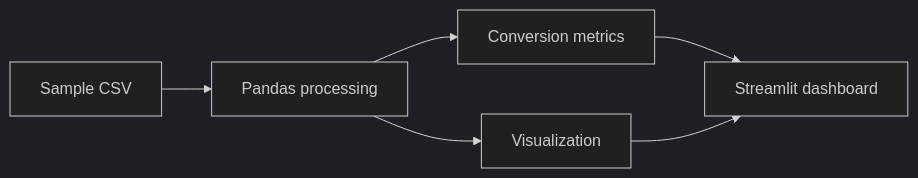
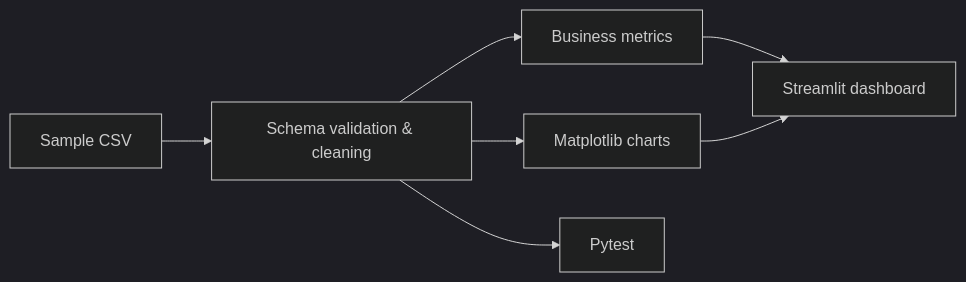
Before and after one commit to theDAREK497/ecommerce-conversion-analysis: the diagram in README.md, drawn with Mermaid (dark theme). The commit also changed other lines of this file and 13 other files, not shown here.

````diff
--- a/README.md
+++ b/README.md
@@ -20,8 +22,9 @@
 ```mermaid
 flowchart LR
-    CSV[Sample CSV] --> Processing[Pandas processing]
-    Processing --> Metrics[Conversion metrics]
-    Processing --> Plot[Visualization]
+    CSV[Sample CSV] --> Validation[Schema validation & cleaning]
+    Validation --> Metrics[Business metrics]
+    Validation --> Charts[Matplotlib charts]
     Metrics --> UI[Streamlit dashboard]
-    Plot --> UI
+    Charts --> UI
+    Validation --> Tests[Pytest]
 ```
````
